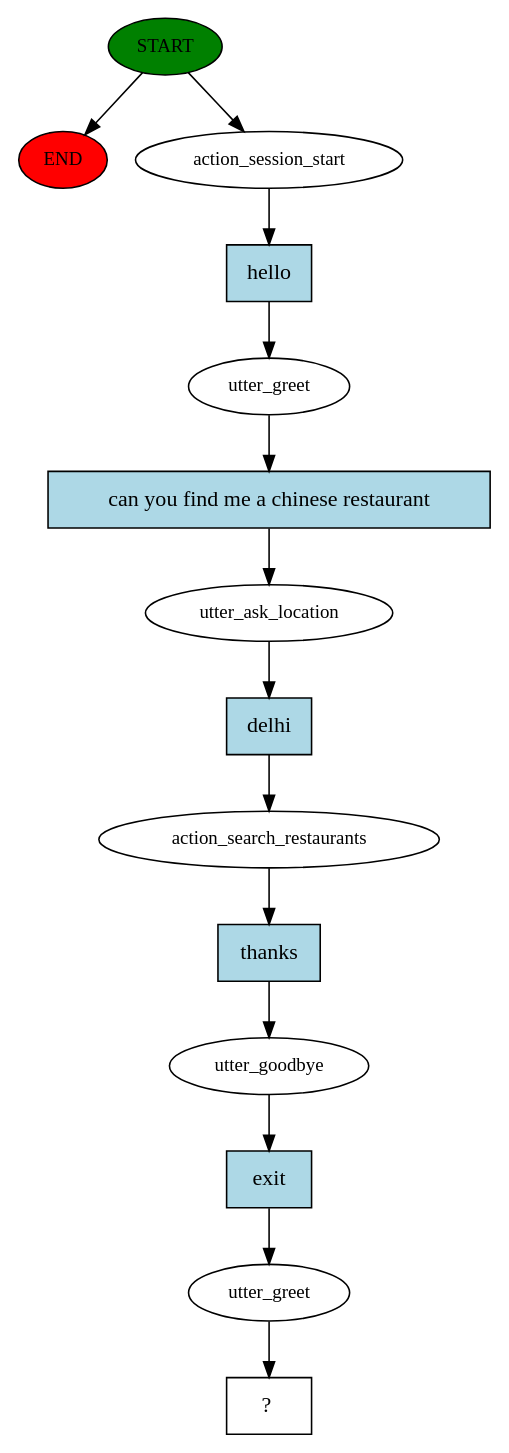
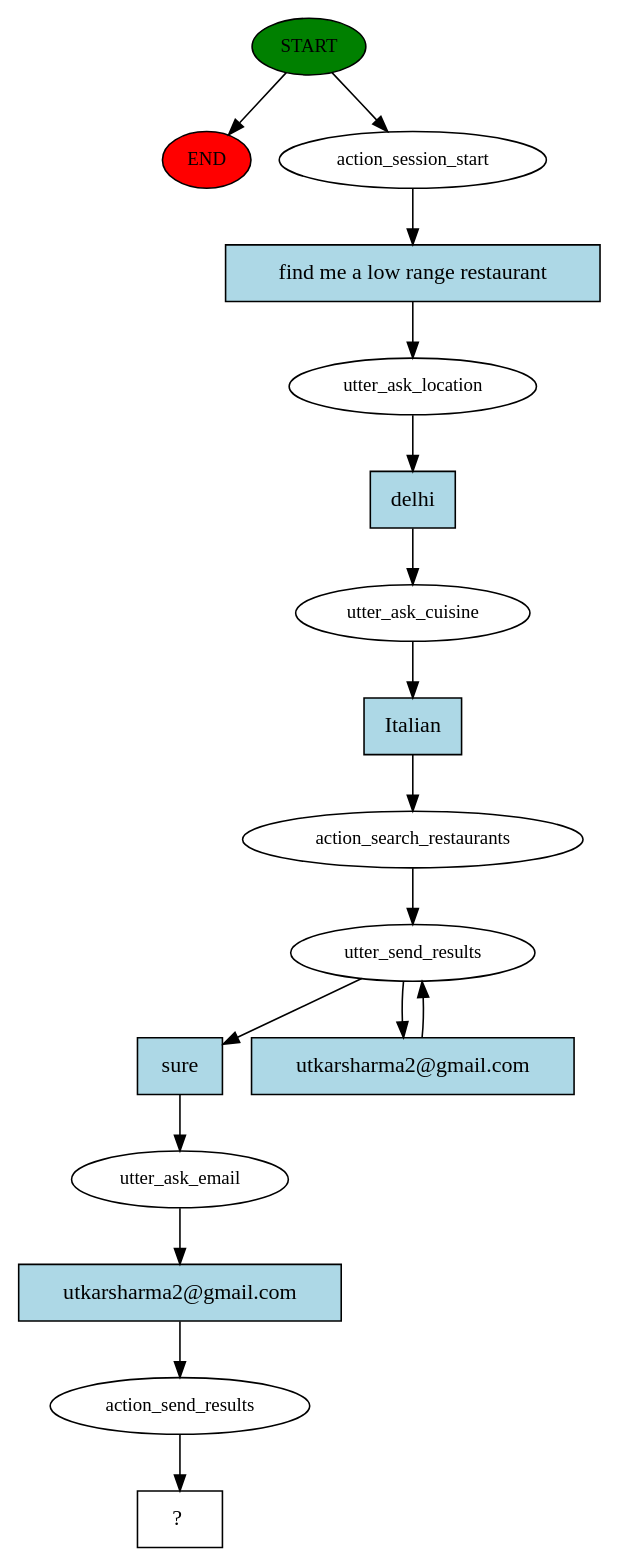
Before and after one commit to utkarsharma2/ChatBot: the diagram in story_graph.dot, drawn with Graphviz. The commit also changed 15 other files, not shown here.

```diff
--- a/story_graph.dot
+++ b/story_graph.dot
@@ -1,29 +1,34 @@
 digraph  {
 0 [class="start active", fillcolor=green, fontsize=12, label=START, style=filled];
 "-1" [class=end, fillcolor=red, fontsize=12, label=END, style=filled];
 1 [class=active, fontsize=12, label=action_session_start];
-2 [class=active, fontsize=12, label=utter_greet];
-3 [class=active, fontsize=12, label=utter_ask_location];
+2 [class=active, fontsize=12, label=utter_ask_location];
+3 [class=active, fontsize=12, label=utter_ask_cuisine];
 4 [class=active, fontsize=12, label=action_search_restaurants];
-5 [class=active, fontsize=12, label=utter_goodbye];
-6 [class=active, fontsize=12, label=utter_greet];
-7 [class="intent dashed active", label="  ?  ", shape=rect];
-8 [class="intent active", fillcolor=lightblue, label=hello, shape=rect, style=filled];
-9 [class="intent active", fillcolor=lightblue, label="can you find me a chinese restaurant", shape=rect, style=filled];
-10 [class="intent active", fillcolor=lightblue, label=delhi, shape=rect, style=filled];
-11 [class="intent active", fillcolor=lightblue, label=thanks, shape=rect, style=filled];
-12 [class="intent active", fillcolor=lightblue, label=exit, shape=rect, style=filled];
+5 [class=active, fontsize=12, label=utter_send_results];
+7 [class=active, fontsize=12, label=utter_ask_email];
+8 [class=active, fontsize=12, label=action_send_results];
+9 [class="intent dashed active", label="  ?  ", shape=rect];
+10 [class="intent active", fillcolor=lightblue, label="find me a low range restaurant", shape=rect, style=filled];
+11 [class="intent active", fillcolor=lightblue, label=delhi, shape=rect, style=filled];
+12 [class="intent active", fillcolor=lightblue, label=Italian, shape=rect, style=filled];
+13 [class="intent active", fillcolor=lightblue, label=sure, shape=rect, style=filled];
+14 [class="intent active", fillcolor=lightblue, label="utkarsharma2@gmail.com", shape=rect, style=filled];
+15 [class="intent active", fillcolor=lightblue, label="utkarsharma2@gmail.com", shape=rect, style=filled];
 0 -> "-1"  [class="", key=NONE, label=""];
 0 -> 1  [class=active, key=NONE, label=""];
-1 -> 8  [class=active, key=0];
-2 -> 9  [class=active, key=0];
-3 -> 10  [class=active, key=0];
-4 -> 11  [class=active, key=0];
-5 -> 12  [class=active, key=0];
-6 -> 7  [class=active, key=NONE, label=""];
-8 -> 2  [class=active, key=0];
-9 -> 3  [class=active, key=0];
-10 -> 4  [class=active, key=0];
-11 -> 5  [class=active, key=0];
-12 -> 6  [class=active, key=0];
+1 -> 10  [class=active, key=0];
+2 -> 11  [class=active, key=0];
+3 -> 12  [class=active, key=0];
+4 -> 5  [class=active, key=NONE, label=""];
+5 -> 13  [class=active, key=0];
+5 -> 14  [class=active, key=0];
+7 -> 15  [class=active, key=0];
+8 -> 9  [class=active, key=NONE, label=""];
+10 -> 2  [class=active, key=0];
+11 -> 3  [class=active, key=0];
+12 -> 4  [class=active, key=0];
+13 -> 7  [class=active, key=0];
+14 -> 5  [class=active, key=0];
+15 -> 8  [class=active, key=0];
 }
```
